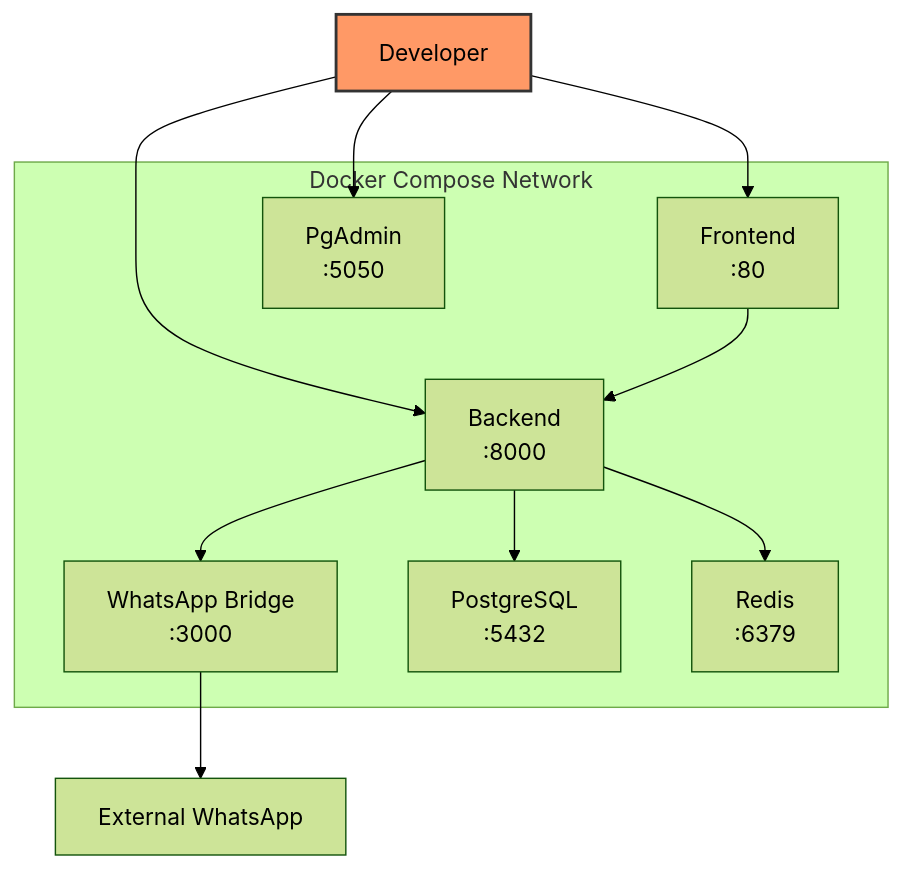
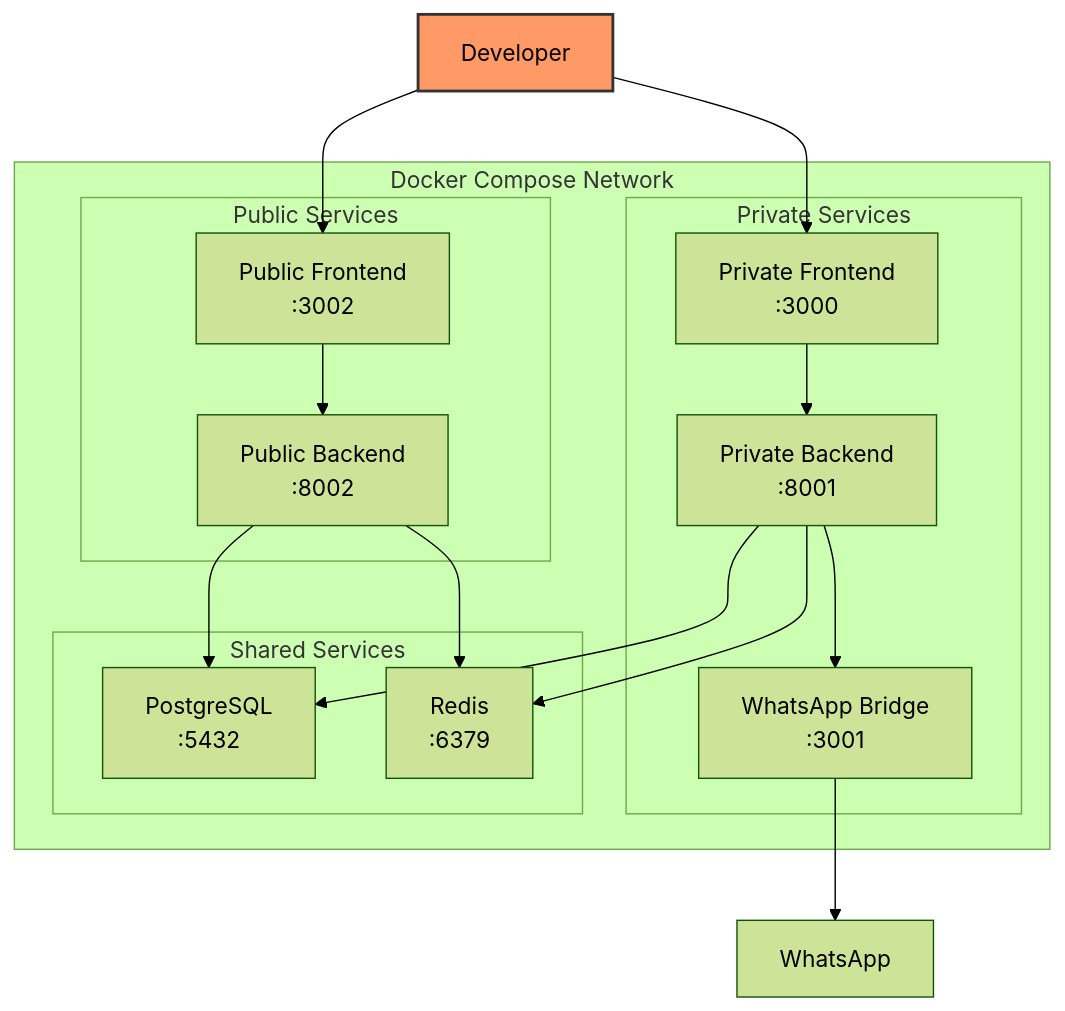
The ninth of 11 diagrams in architecture.md (tonylampada/zapa), drawn with Mermaid (forest theme) before and after one commit. The commit also changed other lines of this file, not shown here.

First line of the commit message:
Revise architecture for dual FastAPI services design

````diff
--- a/architecture.md
+++ b/architecture.md
@@ -301,23 +324,36 @@
 ```mermaid
 graph TB
     subgraph "Docker Compose Network"
-        FE[Frontend<br/>:80]
-        BE[Backend<br/>:8000]
-        WB[WhatsApp Bridge<br/>:3000]
-        DB[PostgreSQL<br/>:5432]
-        RD[Redis<br/>:6379]
-        PG[PgAdmin<br/>:5050]
+        subgraph "Private Services"
+            PRIV_FE[Private Frontend<br/>:3000]
+            PRIV_BE[Private Backend<br/>:8001]
+            WB[WhatsApp Bridge<br/>:3001]
+        end
+        
+        subgraph "Public Services"
+            PUB_FE[Public Frontend<br/>:3002]
+            PUB_BE[Public Backend<br/>:8002]
+        end
+        
+        subgraph "Shared Services"
+            DB[PostgreSQL<br/>:5432]
+            RD[Redis<br/>:6379]
+        end
     end
     
-    DEV[Developer] --> FE
-    DEV --> BE
-    DEV --> PG
+    DEV[Developer] --> PRIV_FE
+    DEV --> PUB_FE
     
-    FE --> BE
-    BE --> WB
-    BE --> DB
-    BE --> RD
-    WB --> EXT[External WhatsApp]
+    PRIV_FE --> PRIV_BE
+    PUB_FE --> PUB_BE
+    
+    PRIV_BE --> WB
+    WB --> EXT[WhatsApp]
+    
+    PRIV_BE --> DB
+    PUB_BE --> DB
+    PRIV_BE --> RD
+    PUB_BE --> RD
     
     style DEV fill:#f96,stroke:#333,stroke-width:2px
 ```
````
